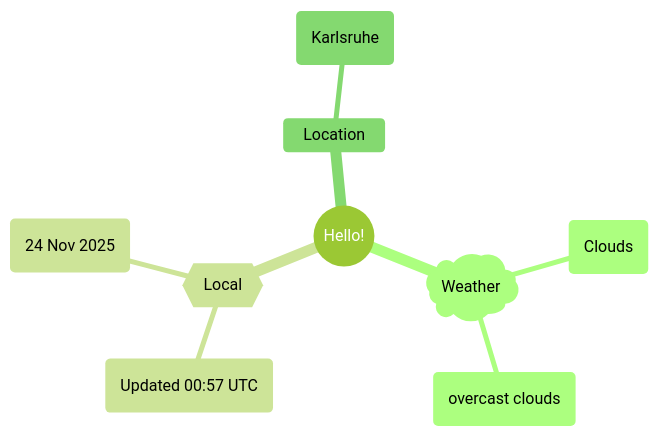
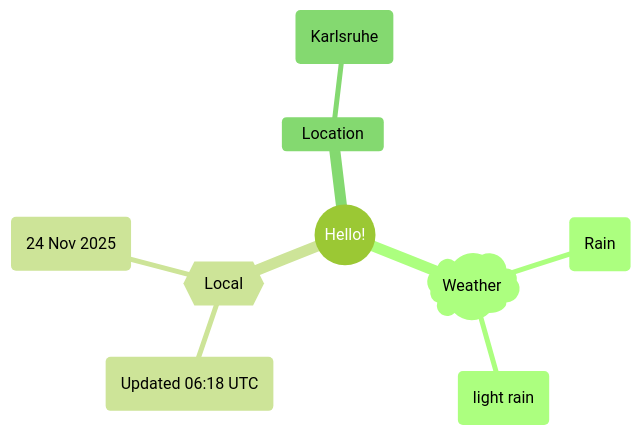
Before and after one commit to Xosrov/Xosrov: the first of 2 diagrams in README.md, drawn with Mermaid (forest theme).

Commit message:
[bot] updated images

````diff
--- a/README.md
+++ b/README.md
@@ -3,12 +3,12 @@
 ```mermaid
 mindmap
   root((Hello!))
     )Weather(
-        (Clouds)
-        (overcast clouds)
+        (Rain)
+        (light rain)
     {{Local}}
-        (Updated 00:57 UTC)
+        (Updated 06:18 UTC)
         (24 Nov 2025)
     Location
         (Karlsruhe)
 ```
````
